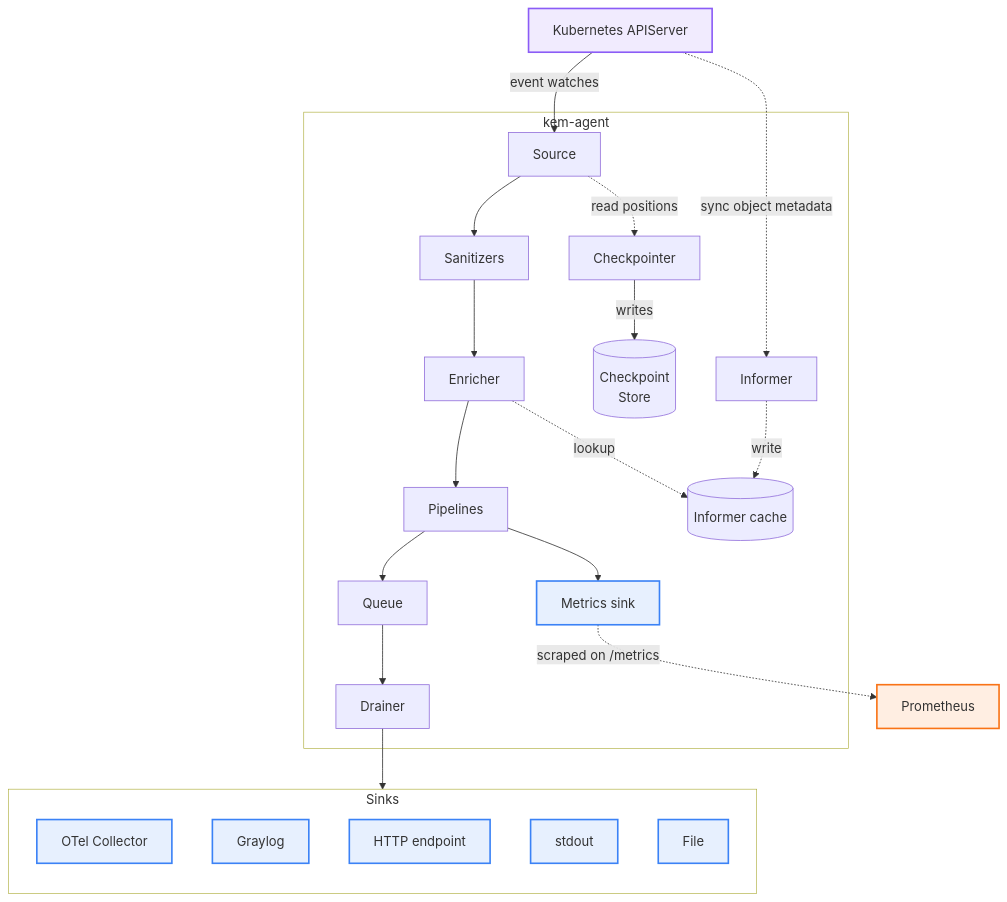
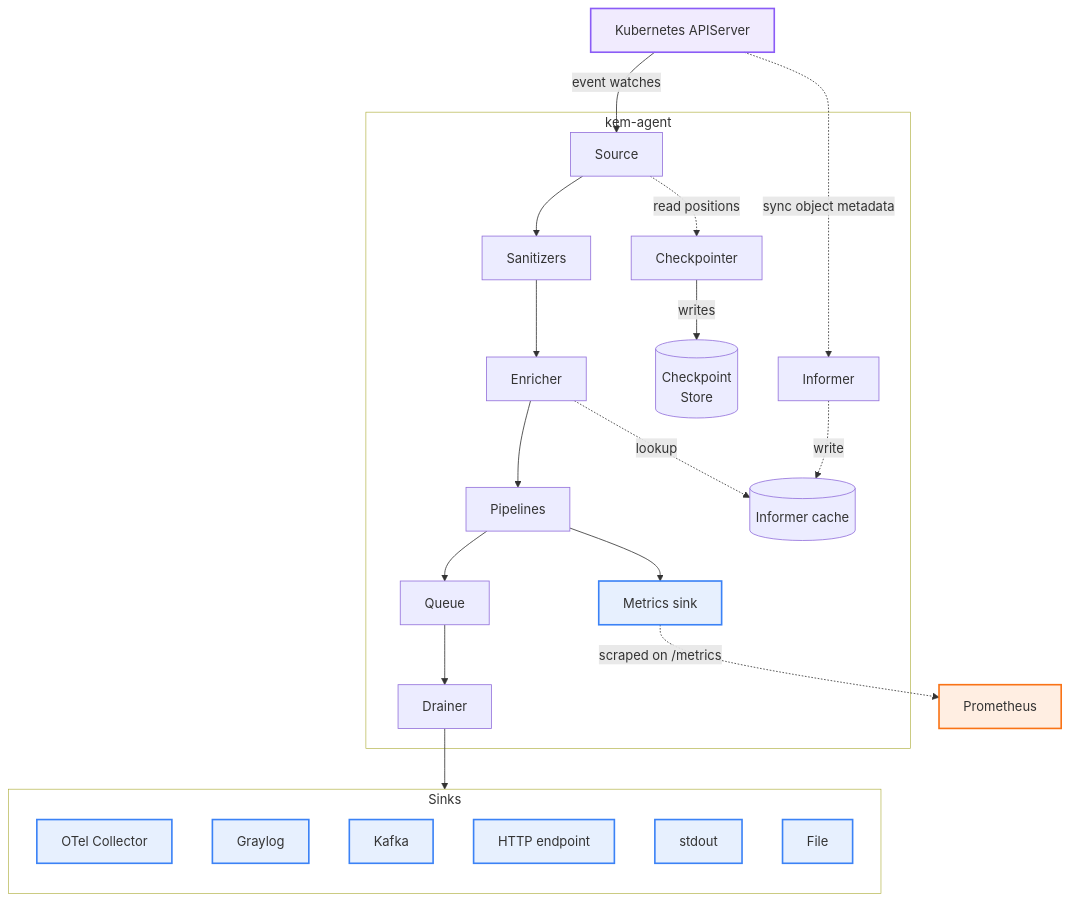
One commit to shibernetes/kem-agent changed the diagram in README.md. Above: the diagram before and after it, drawn with Mermaid. The commit also changed other lines of this file and 45 other files, not shown here.

Commit message:
feat: add the kafka sink

````diff
--- a/README.md
+++ b/README.md
@@ -52,43 +52,44 @@
 ```mermaid
 flowchart TD
   k8s[Kubernetes APIServer]
 
   subgraph agent [kem-agent]
     checkpointer[Checkpointer] -->|writes| store[(Checkpoint<br>Store)]
     informer[Informer]
     cache[(Informer cache)]
     source[Source] --> sanitizers[Sanitizers] --> enricher[Enricher]
     pipelines[Pipelines]
     queue[Queue] --> drainer[Drainer]
     metricsSink[Metrics sink]
   end
 
   subgraph sinks [Sinks]
     direction TB
     otel[OTel Collector]
     graylog[Graylog]
+    kafka[Kafka]
     hook[HTTP endpoint]
     stdout[stdout]
     file[File]
   end
 
   source -.->|read positions| checkpointer
   k8s -->|event watches| source
   k8s -.->|sync object metadata| informer
   enricher --> pipelines
   enricher -.->|lookup| cache
   informer -.->|write| cache
   pipelines --> queue
   pipelines --> metricsSink
   drainer --> sinks
   metricsSink -.->|scraped on /metrics| prom[Prometheus]
 
   classDef blue fill:#3b82f61f,stroke:#3b82f6,stroke-width:2px
   classDef purple fill:#8b5cf61f,stroke:#8b5cf6,stroke-width:2px
   classDef orange fill:#f973161f,stroke:#f97316,stroke-width:2px
-  class metricsSink,otel,graylog,hook,stdout,file blue
+  class metricsSink,otel,graylog,kafka,hook,stdout,file blue
   class k8s purple
   class prom orange
   style agent fill:transparent,stroke-width:0.75px
   style sinks fill:transparent,stroke-width:0.75px
 ```
````
